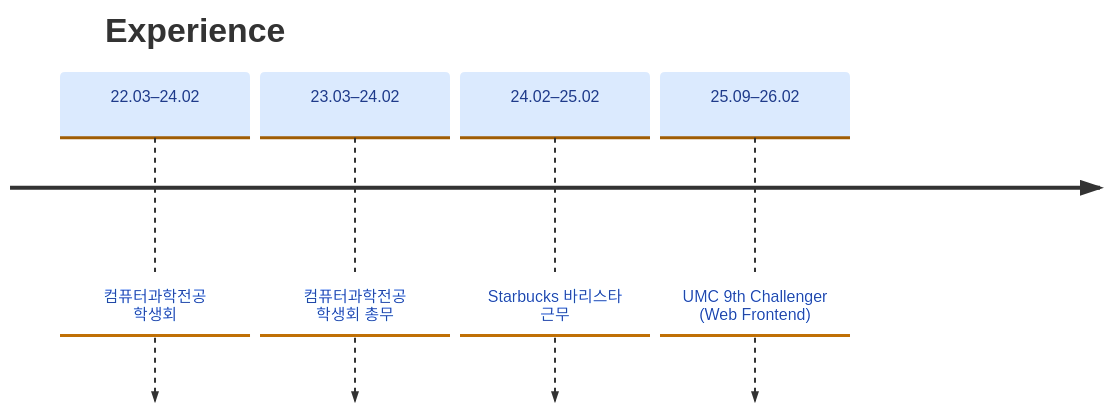
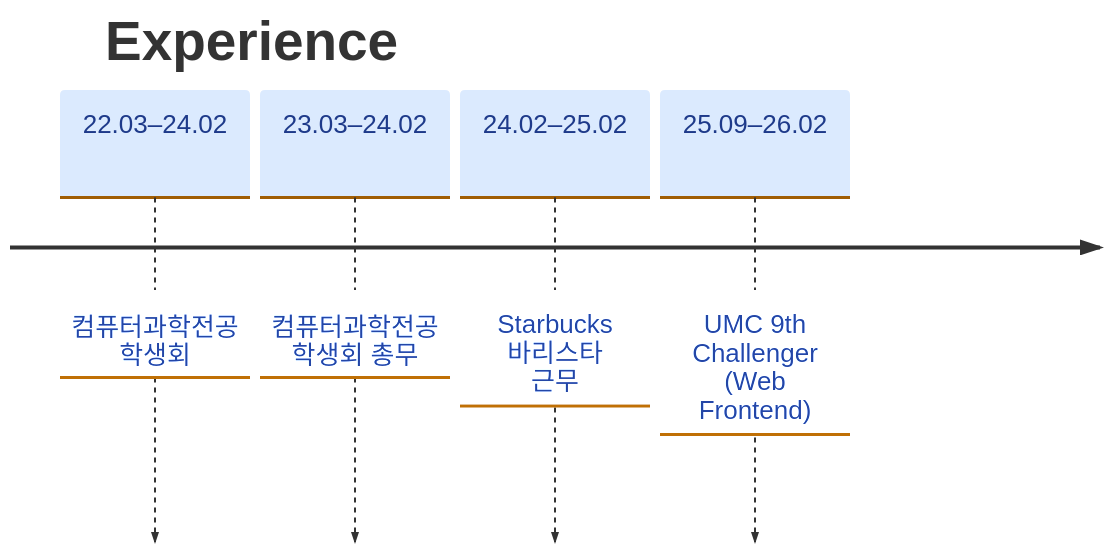
One commit to jjjsun/jjjsun changed the diagram in README.md. Above: the diagram before and after it, drawn with Mermaid.

Commit message:
style: text size change

````diff
--- a/README.md
+++ b/README.md
@@ -86,19 +86,23 @@
 ```mermaid
 ---
 config:
   theme: base
   themeVariables:
     cScale0: "#DBEAFE"
     cScaleLabel0: "#1E3A8A"
+    fontSize: "26px"
+    fontWeight: "600"
+  themeCSS: "text { font-weight: 600 }"
   timeline:
     disableMulticolor: true
     padding: 8
     useMaxWidth: true
+    taskFontSize: 26
 ---
 timeline
     title Experience
     22.03–24.02 : 컴퓨터과학전공 학생회
     23.03–24.02 : 컴퓨터과학전공 학생회 총무
     24.02–25.02 : Starbucks 바리스타 근무
     25.09–26.02 : UMC 9th Challenger (Web Frontend)
 ```
````
